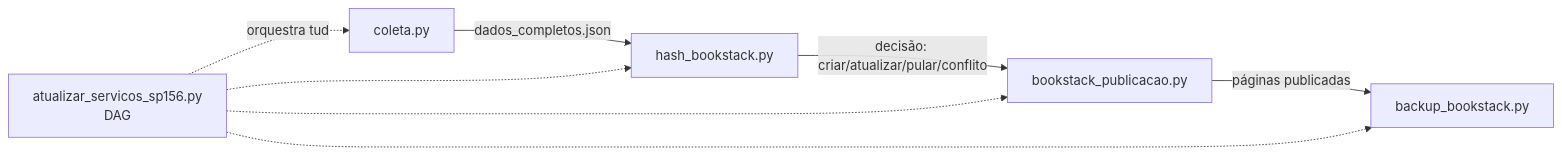
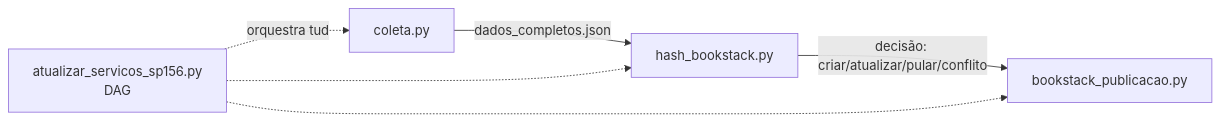
The diagram in README.md (Kawdevlops/Bookstack-SP156), drawn with Mermaid before and after one commit. The commit also changed other lines of this file and 2 other files, not shown here.

````diff
--- a/README.md
+++ b/README.md
@@ -158,19 +173,15 @@
 ```mermaid
 
 flowchart LR
 
 A[coleta.py] -->|dados_completos.json| B[hash_bookstack.py]
 
 B -->|decisão: criar/atualizar/pular/conflito| C[bookstack_publicacao.py]
 
-C -->|páginas publicadas| D[backup_bookstack.py]
-
 E[atualizar_servicos_sp156.py<br/>DAG] -.orquestra tudo.-> A
 
 E -.-> B
 
 E -.-> C
 
-E -.-> D
-
 ```
````
